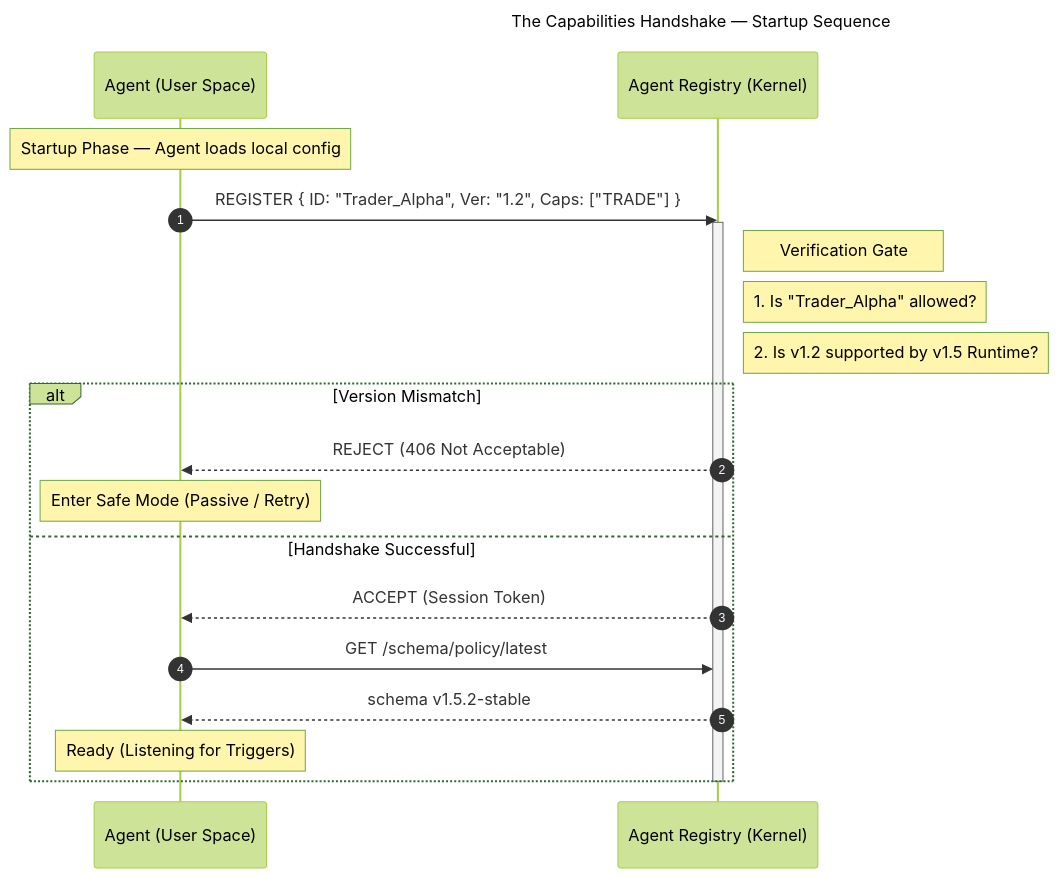
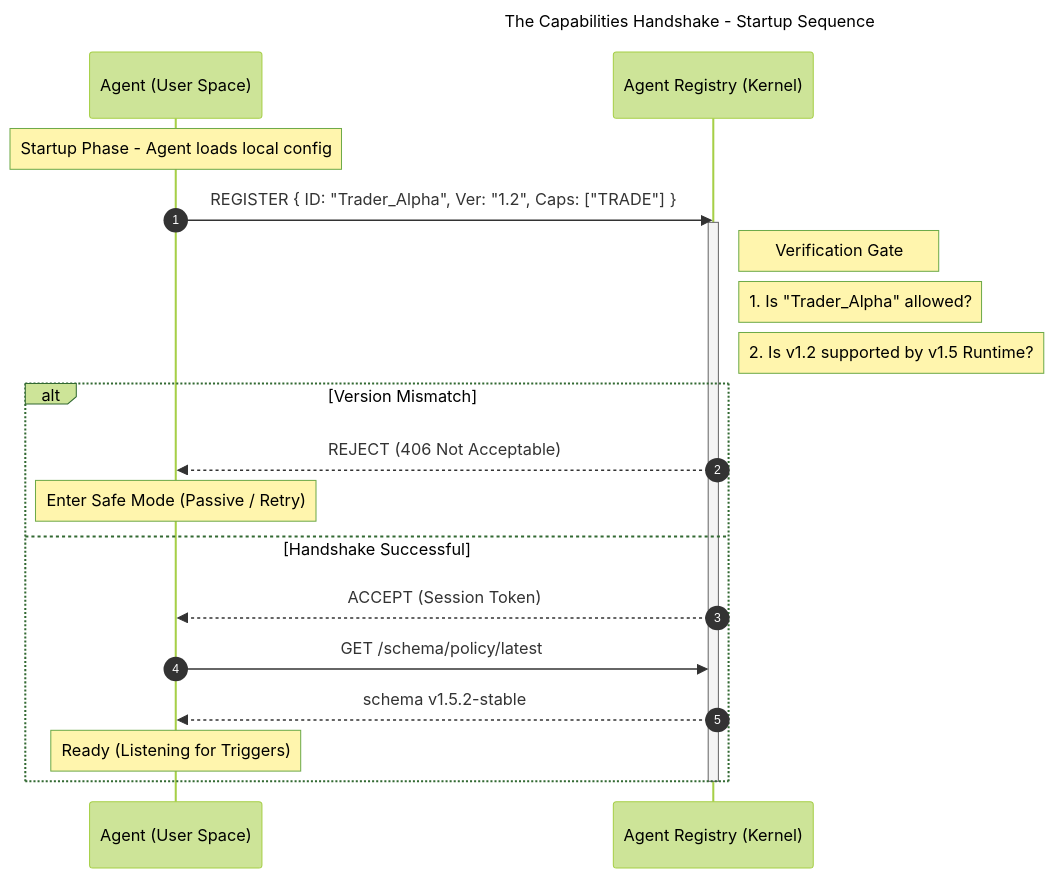
Before and after one commit to huka81/decision-intelligence-runtime: the fifth of 20 diagrams in docs/07-dir-minified/DIR-minified.md, drawn with Mermaid (forest theme). The commit also changed other lines of this file and 6 other files, not shown here.

````diff
--- a/docs/07-dir-minified/DIR-minified.md
+++ b/docs/07-dir-minified/DIR-minified.md
@@ -573,31 +573,31 @@
 ```mermaid
 ---
-title: The Capabilities Handshake — Startup Sequence
+title: The Capabilities Handshake  -  Startup Sequence
 config:
   look: classic
 ---
 sequenceDiagram
     autonumber
     participant Agent as Agent (User Space)
     participant Registry as Agent Registry (Kernel)
 
-    Note over Agent: Startup Phase — Agent loads local config
+    Note over Agent: Startup Phase  -  Agent loads local config
 
     Agent->>Registry: REGISTER { ID: "Trader_Alpha", Ver: "1.2", Caps: ["TRADE"] }
 
     activate Registry
     Note right of Registry: Verification Gate
     note right of Registry: 1. Is "Trader_Alpha" allowed?
     note right of Registry: 2. Is v1.2 supported by v1.5 Runtime?
 
     alt Version Mismatch
         Registry-->>Agent: REJECT (406 Not Acceptable)
         Note over Agent: Enter Safe Mode (Passive / Retry)
     else Handshake Successful
         Registry-->>Agent: ACCEPT (Session Token)
         Agent->>Registry: GET /schema/policy/latest
         Registry-->>Agent: schema v1.5.2-stable
         Note over Agent: Ready (Listening for Triggers)
     end
     deactivate Registry
 ```
````
